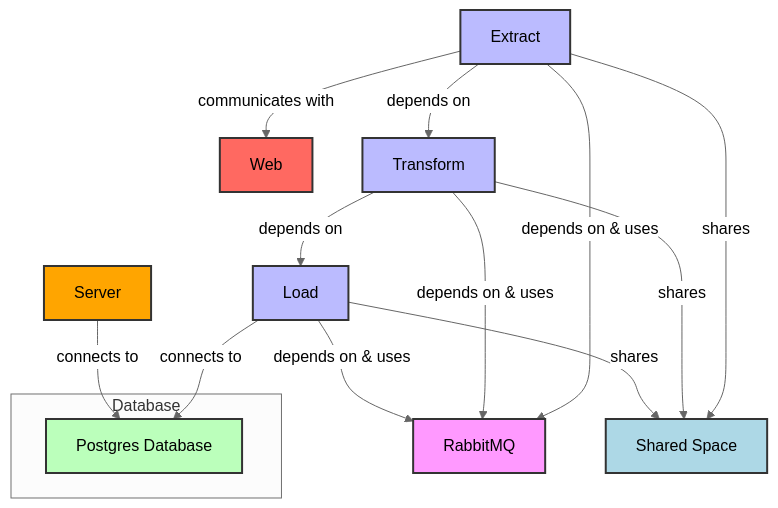
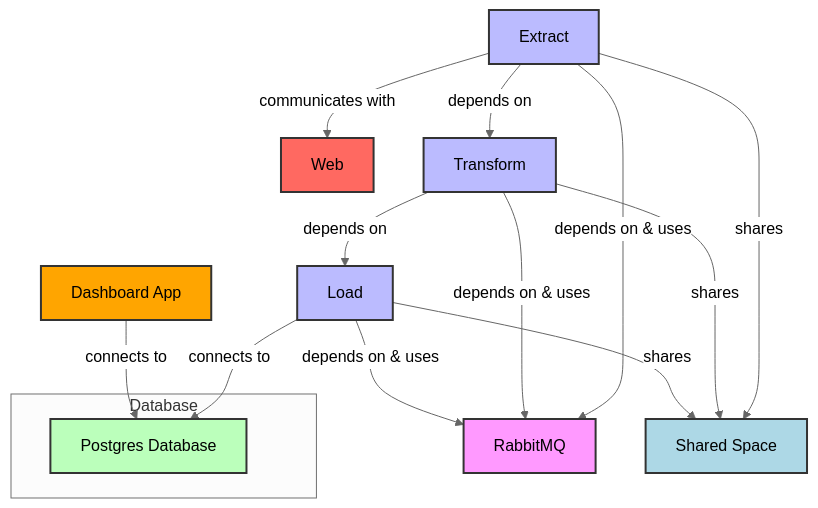
Before and after one commit to mbofos01/agriculture-dashboard-netherlands: the diagram in README.md, drawn with Mermaid (neutral theme).

````diff
--- a/README.md
+++ b/README.md
@@ -15,36 +15,36 @@
 ```mermaid
 
     graph TD;
 		
 		E -->|communicates with| W[Web]
 
     E[Extract] -->|depends on & uses| R[RabbitMQ]
     T[Transform] -->|depends on & uses| R
     L[Load] -->|depends on & uses| R
     
     E --> |depends on| T
     T --> |depends on| L
     
     E -->|shares| S[Shared Space]
     T -->|shares| S[Shared Space]
 
 
     subgraph Database
         D[Postgres Database]
     end
 
   
     L -->|connects to| D
     L -->|shares| S[Shared Space]
     
-     SE[Server] -->|connects to| D
+     SE[Dashboard App] -->|connects to| D
 
     style R fill:#f9f,stroke:#333,stroke-width:2px,color:#000;
     style E fill:#bbf,stroke:#333,stroke-width:2px,color:#000;
     style T fill:#bbf,stroke:#333,stroke-width:2px,color:#000;
     style L fill:#bbf,stroke:#333,stroke-width:2px,color:#000;
     style D fill:#bfb,stroke:#333,stroke-width:2px,color:#000;
     style W fill:#FF6961,stroke:#333,stroke-width:2px,color:#000;
     style S fill:#ADD8E6,stroke:#333,stroke-width:2px,color:#000;
     style SE fill:#FFA500,stroke:#333,stroke-width:2px,color:#000;
 ```
````
